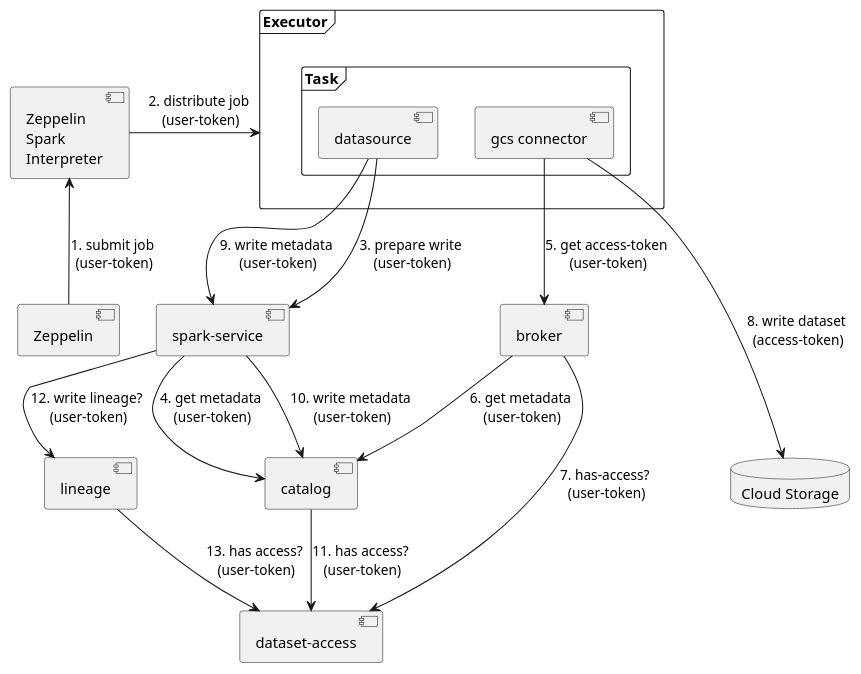
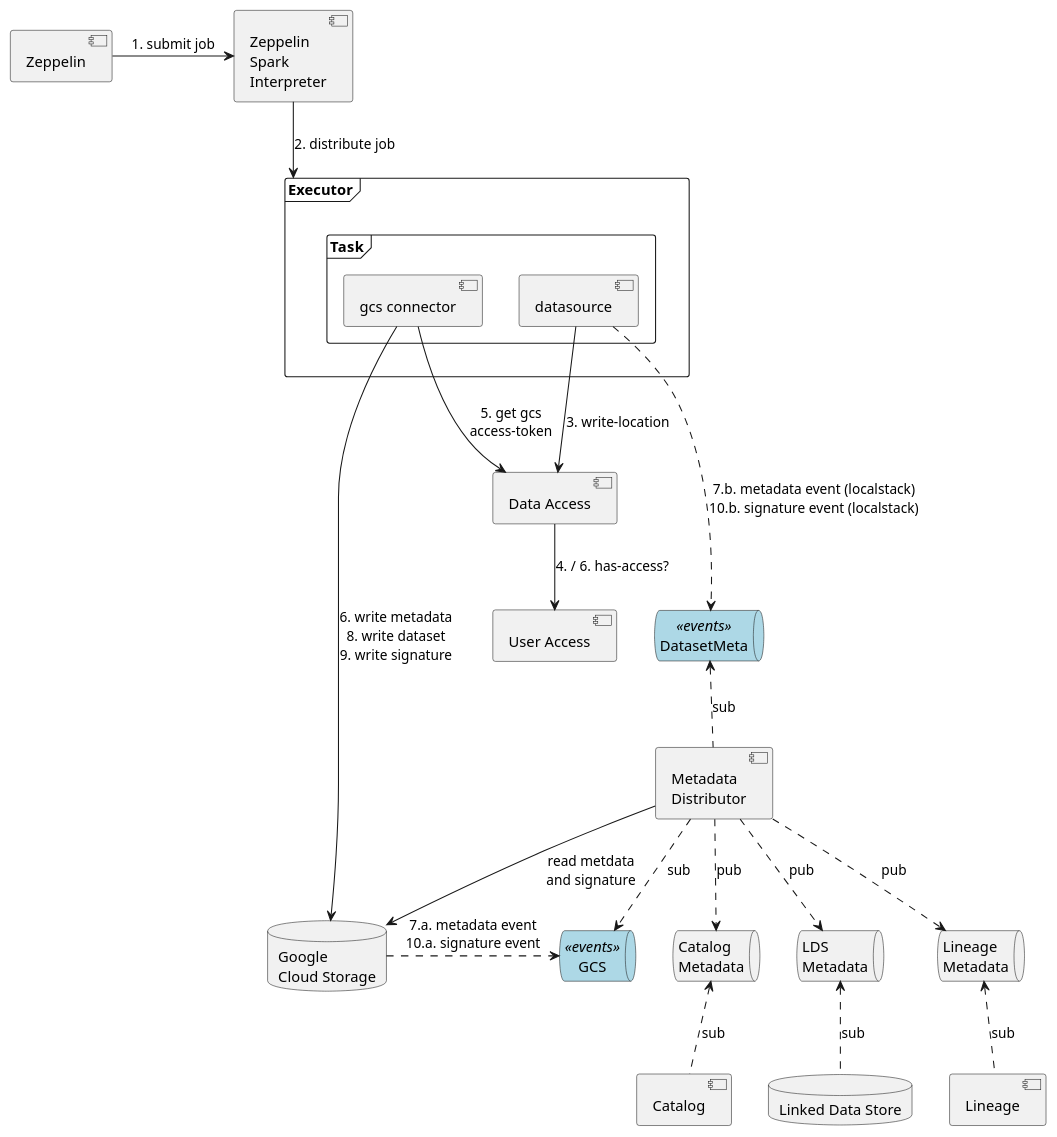
The diagram in doc/security-write-data-comp.puml (statisticsnorway/dapla-project), drawn with PlantUML before and after one commit. The commit also changed 1 other file, not shown here.

Commit message:
Updated read and write component diagrams

```diff
--- a/doc/security-write-data-comp.puml
+++ b/doc/security-write-data-comp.puml
@@ -1,33 +1,56 @@
 @startuml
 
-[Zeppelin\nSpark\nInterpreter] as interpreter
-[Zeppelin] as zeppelin
-[dataset-access] as da_s
-[catalog] as catalog
-[lineage] as lineage
-[spark-service] as sp_s
-[broker] as broker
-database "Cloud Storage" as gcs {
+skinparam queue {
+	backgroundColor<<events>> LightBlue
 }
+component "Zeppelin" as zeppelin
+component "Zeppelin\nSpark\nInterpreter" as interpreter
+component "User Access" as user_access
+component "Catalog" as catalog
+component "Lineage" as lineage
+component "Data Access" as broker
+database "Linked Data Store" as lds {
+}
+database "Google\nCloud Storage" as gcs {
+}
+component "Metadata\nDistributor" as distributor
+
+queue "DatasetMeta" as datasetmetaevents <<events>> {
+}
+queue "GCS" as gcsevents <<events>> {
+}
+queue "Catalog\nMetadata" as catalogQ {
+}
+queue "LDS\nMetadata" as ldsQ {
+}
+queue "Lineage\nMetadata" as lineageQ {
+}
+
 frame "Executor" as worker {
   frame "Task" as task {
     [datasource] as datasource
     [gcs connector] as gcs_connector
   }
 }
 
-zeppelin -u-> interpreter : 1. submit job\n (user-token)
-interpreter -> worker : 2. distribute job\n (user-token)
-datasource --> sp_s : 3. prepare write\n (user-token)
-sp_s --> catalog : 4. get metadata\n (user-token)
-gcs_connector --> broker : 5. get access-token\n (user-token)
-broker --> catalog : 6. get metadata\n (user-token)
-broker --> da_s : 7. has-access?\n (user-token)
-gcs_connector ---> gcs : 8. write dataset\n (access-token)
-datasource -> sp_s : 9. write metadata\n (user-token)
-sp_s -> catalog : 10. write metadata\n (user-token)
-catalog -> da_s : 11. has access?\n (user-token)
-sp_s --> lineage : 12. write lineage?\n (user-token)
-lineage --> da_s : 13. has access?\n (user-token)
+zeppelin -> interpreter : 1. submit job
+interpreter --> worker : 2. distribute job
+datasource --> broker : 3. write-location
+broker --> user_access : 4. / 6. has-access?
+gcs_connector --> broker : 5. get gcs\naccess-token
+gcs_connector --> gcs : 6. write metadata\n8. write dataset\n9. write signature
+datasource ...> datasetmetaevents : 7.b. metadata event (localstack)\n10.b. signature event (localstack)
+
+
+distributor --> gcs : read metdata\nand signature
+distributor ..> lineageQ : pub
+distributor ..> catalogQ : pub
+distributor ..> ldsQ : pub
+gcs .> gcsevents : 7.a. metadata event\n10.a. signature event
+distributor .> gcsevents : sub
+distributor .u-> datasetmetaevents : sub
+lds .u.> ldsQ : sub
+catalog .u.> catalogQ : sub
+lineage .u.> lineageQ : sub
 
 @enduml
```
